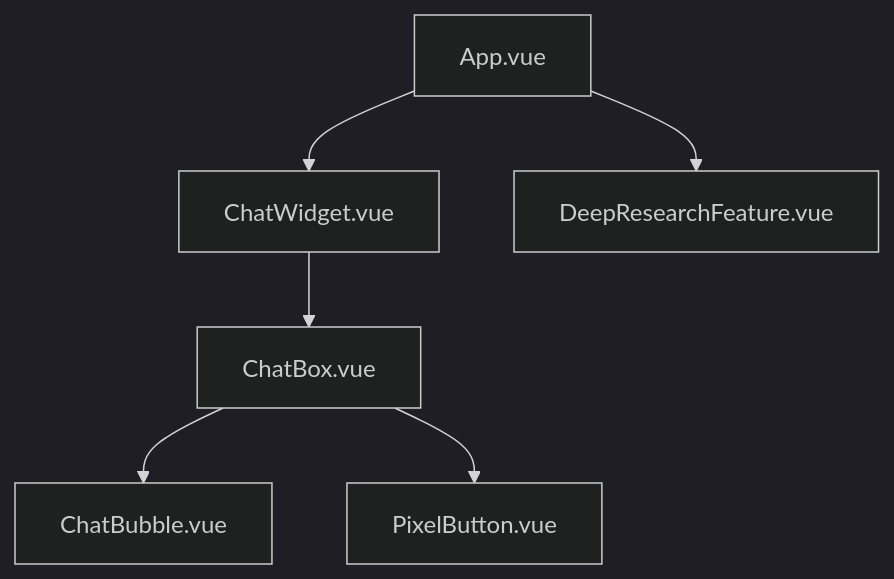
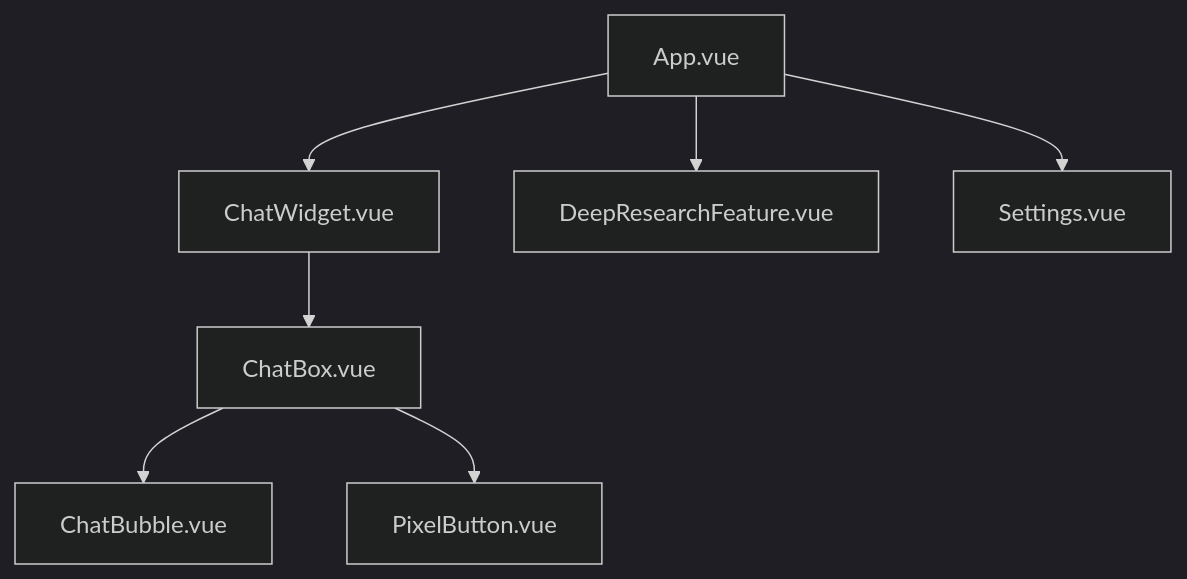
The second of 8 diagrams in memory-bank/systemPatterns.md (cuongbuoi/retro-ai-agent), drawn with Mermaid (dark theme) before and after one commit. The commit also changed other lines of this file and 40 other files, not shown here.

````diff
--- a/memory-bank/systemPatterns.md
+++ b/memory-bank/systemPatterns.md
@@ -18,8 +17,9 @@
 ```mermaid
 flowchart TB
     App[App.vue] --> ChatWidget[ChatWidget.vue]
     ChatWidget --> ChatBox[ChatBox.vue]
     ChatBox --> ChatBubble[ChatBubble.vue]
     ChatBox --> PixelButton[PixelButton.vue]
     App --> DeepResearchFeature[DeepResearchFeature.vue]
+    App --> Settings[Settings.vue]
 ```
````
